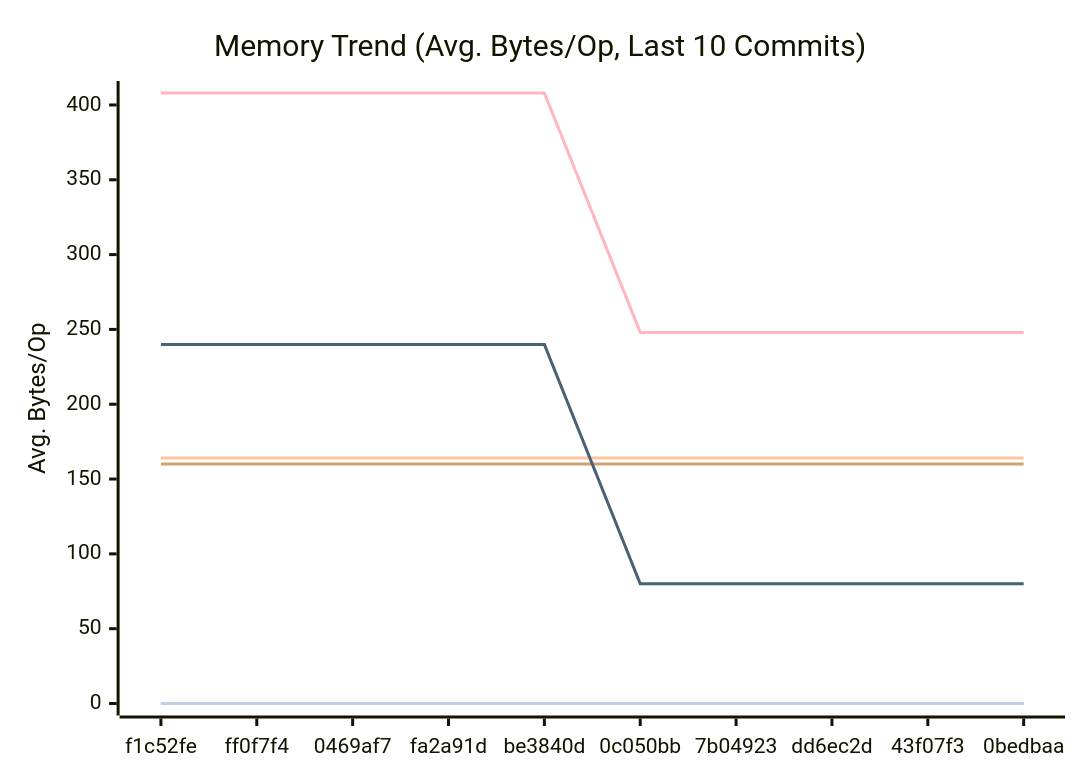
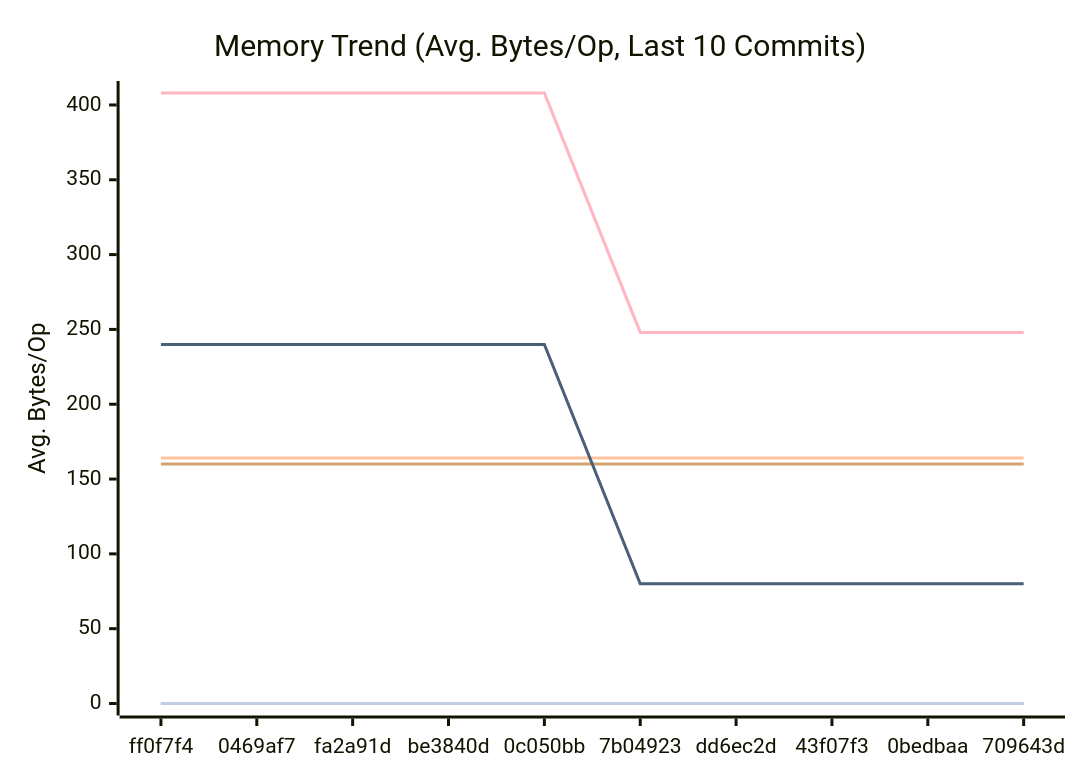
One commit to alsotoes/momo changed the second of 3 diagrams in docs/PERFORMANCE.md. Above: the diagram before and after it, drawn with Mermaid. The commit also changed other lines of this file and 3 other files, not shown here.

````diff
--- a/docs/PERFORMANCE.md
+++ b/docs/PERFORMANCE.md
@@ -97,16 +97,16 @@
 ```mermaid
 xychart-beta
     title "Memory Trend (Avg. Bytes/Op, Last 10 Commits)"
     x-axis "Commit"
     y-axis "Avg. Bytes/Op"
-    x-axis [f1c52fe,ff0f7f4,0469af7,fa2a91d,be3840d,0c050bb,7b04923,dd6ec2d,43f07f3,0bedbaa]
+    x-axis [ff0f7f4,0469af7,fa2a91d,be3840d,0c050bb,7b04923,dd6ec2d,43f07f3,0bedbaa,709643d]
     line "CheckMetricsAndSwap" [0,0,0,0,0,0,0,0,0,0]
     line "CrushOptimized" [0,0,0,0,0,0,0,0,0,0]
     line "CrushOriginal" [164,164,164,164,164,164,164,164,164,164]
     line "IndexDirectTracking" [0,0,0,0,0,0,0,0,0,0]
     line "IndexSearch" [0,0,0,0,0,0,0,0,0,0]
     line "LoadGlobalConfig" [160,160,160,160,160,160,160,160,160,160]
     line "PadString" [0,0,0,0,0,0,0,0,0,0]
     line "ParseReplicationOrder_NoPrealloc" [408,408,408,408,408,248,248,248,248,248]
     line "ParseReplicationOrder_Prealloc" [240,240,240,240,240,80,80,80,80,80]
 ```
````
